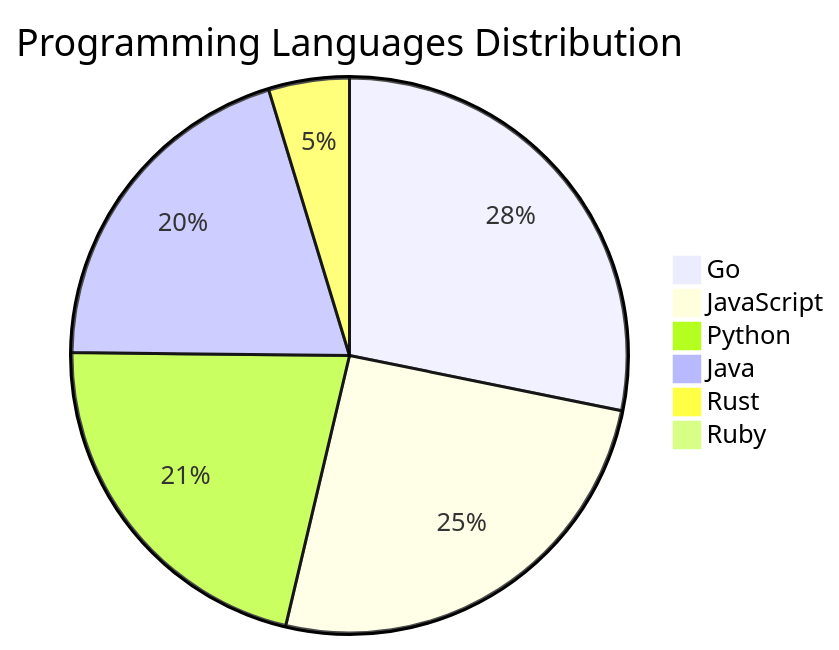
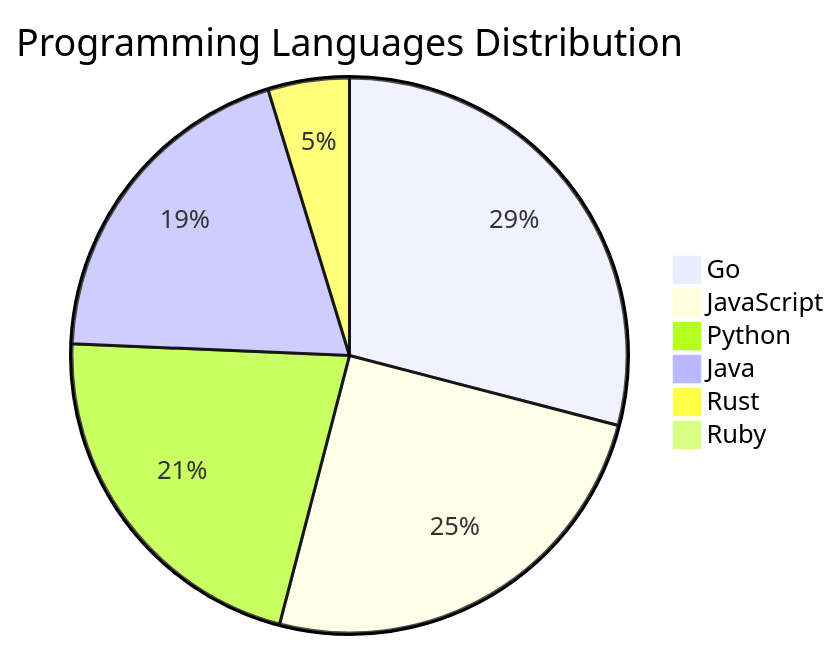
Before and after one commit to Derrick-MUGISHA/github-activity-bot: the diagram in README.md, drawn with Mermaid. The commit also changed other lines of this file and 4 other files, not shown here.

````diff
--- a/README.md
+++ b/README.md
@@ -206,9 +206,9 @@
 ```mermaid
 pie title Programming Languages Distribution
-    "Go" : 42
-    "JavaScript" : 38
+    "Go" : 43
+    "JavaScript" : 37
     "Python" : 32
-    "Java" : 30
+    "Java" : 29
     "Rust" : 7
     "Ruby" : 1
 ```
````
